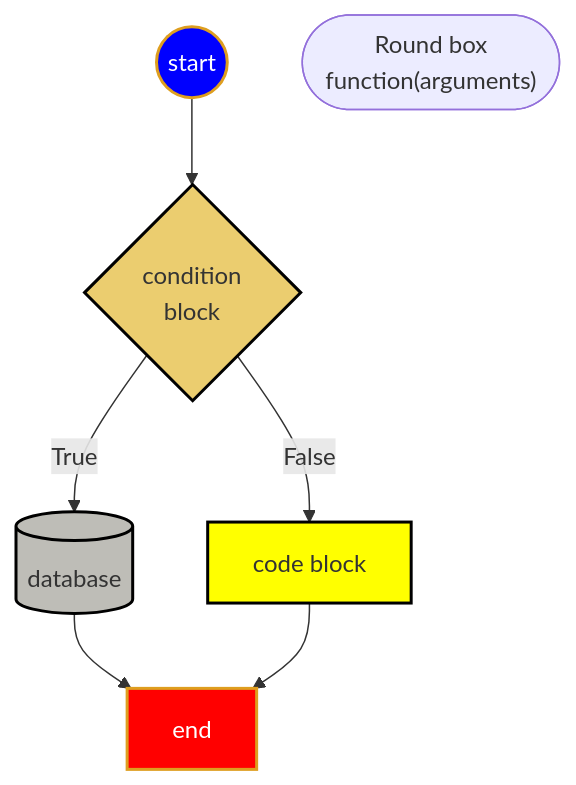
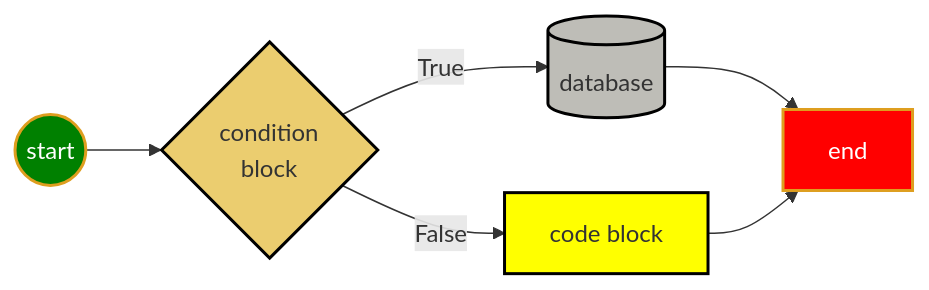
One commit to jwang1122/python changed the diagram in aDoc/myIcons.md. Above: the diagram before and after it, drawn with Mermaid. The commit also changed other lines of this file and 6 other files, not shown here.

````diff
--- a/aDoc/myIcons.md
+++ b/aDoc/myIcons.md
@@ -23,27 +22,25 @@
 ```mermaid
-graph TB
-
+graph LR
 START((start))
+B[code block]
 END[end]
-B[code block]
-C(["Round box<br>function(arguments)"])
 IF{condition<br> block}
 DB[(database)]
 
 START-->IF
 IF--True-->DB-->END
 IF--False-->B-->END
 
 classDef html fill:#F46624,stroke:#F46624,stroke-width:4px,color:white;
 classDef js fill:yellow,stroke:black,stroke-width:2px;
 classDef if fill:#EBCD6F,stroke:black,stroke-width:2px;
 classDef db fill:#BEBDB7,stroke:black,stroke-width:2px;
-classDef start fill:blue,stroke:#DE9E1F,stroke-width:2px,color:white;
+classDef start fill:green,stroke:#DE9E1F,stroke-width:2px,color:white;
 classDef end1 fill:red,stroke:#DE9E1F,stroke-width:2px,color:white;
 
 class START start
 class B,D,E js
 class IF if
 class DB db
 class END end1
 ```
````
